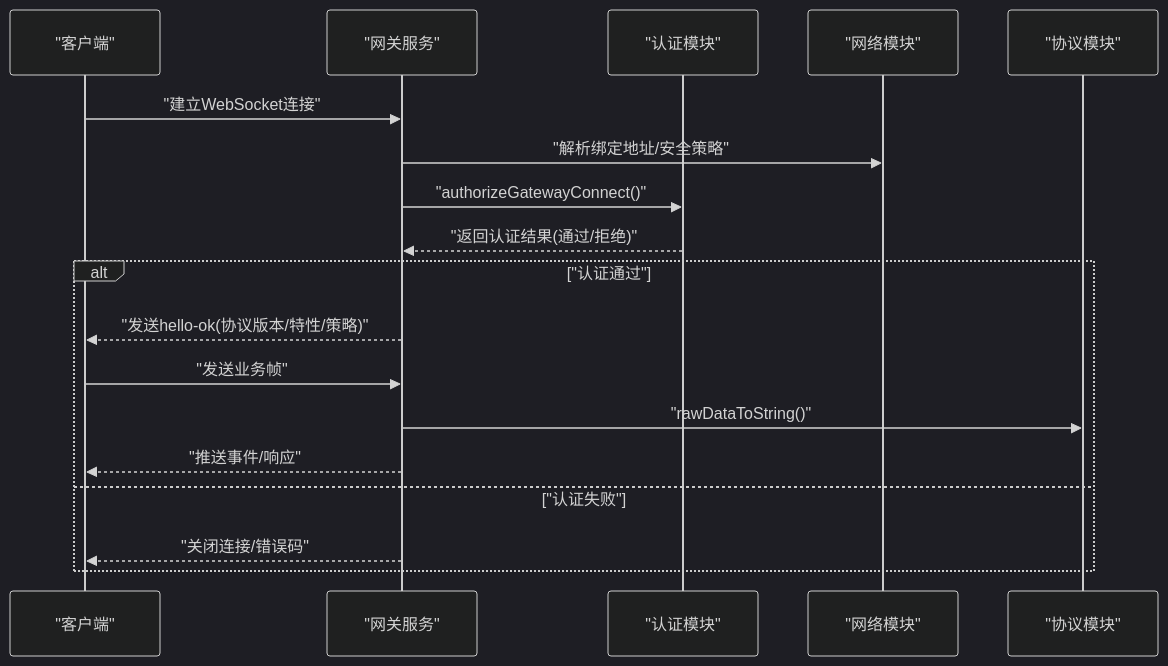
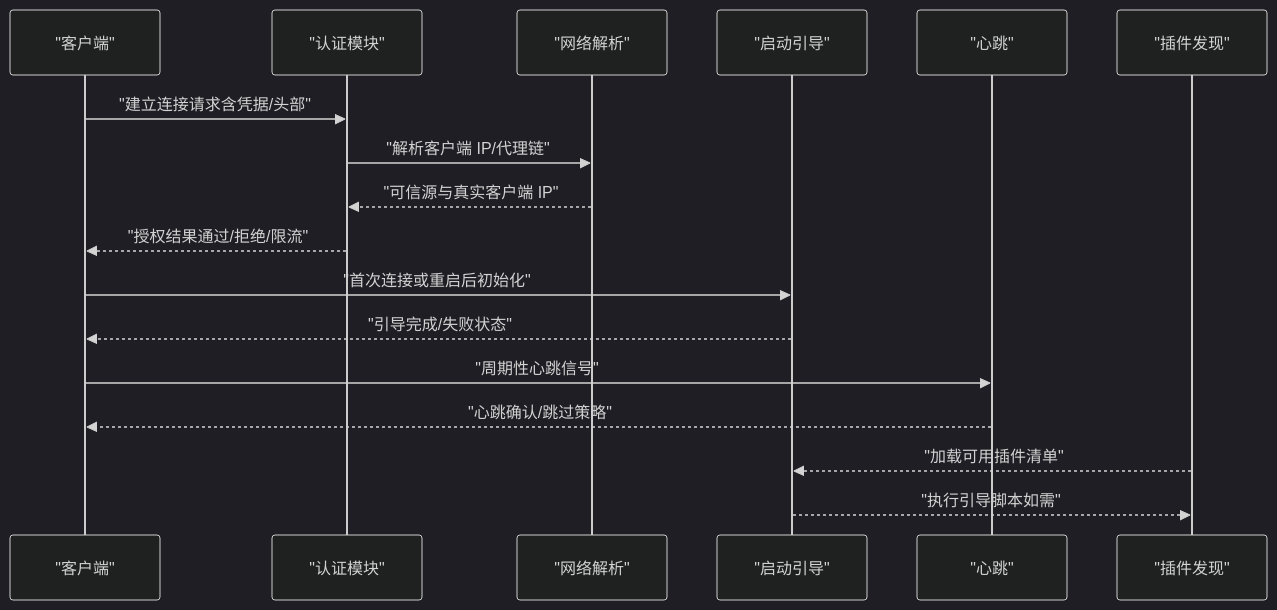
Before and after one commit to botx-work/OpenClaw-Internals: the second of 7 diagrams in repowiki/zh/content/网关系统/网关系统.md, drawn with Mermaid (dark theme). The commit also changed other lines of this file and 542 other files, not shown here.

````diff
--- a/repowiki/zh/content/网关系统/网关系统.md
+++ b/repowiki/zh/content/网关系统/网关系统.md
@@ -149,20 +84,19 @@
 ```mermaid
 sequenceDiagram
 participant Client as "客户端"
-participant GW as "网关服务"
 participant Auth as "认证模块"
-participant Net as "网络模块"
-participant Proto as "协议模块"
-Client->>GW : "建立WebSocket连接"
-GW->>Net : "解析绑定地址/安全策略"
-GW->>Auth : "authorizeGatewayConnect()"
-Auth-->>GW : "返回认证结果(通过/拒绝)"
-alt "认证通过"
-GW-->>Client : "发送hello-ok(协议版本/特性/策略)"
-Client->>GW : "发送业务帧"
-GW->>Proto : "rawDataToString()"
-GW-->>Client : "推送事件/响应"
-else "认证失败"
-GW-->>Client : "关闭连接/错误码"
-end
+participant Net as "网络解析"
+participant Boot as "启动引导"
+participant Heartbeat as "心跳"
+participant Plugins as "插件发现"
+Client->>Auth : "建立连接请求含凭据/头部"
+Auth->>Net : "解析客户端 IP/代理链"
+Net-->>Auth : "可信源与真实客户端 IP"
+Auth-->>Client : "授权结果通过/拒绝/限流"
+Client->>Boot : "首次连接或重启后初始化"
+Boot-->>Client : "引导完成/失败状态"
+Client->>Heartbeat : "周期性心跳信号"
+Heartbeat-->>Client : "心跳确认/跳过策略"
+Plugins-->>Boot : "加载可用插件清单"
+Boot-->>Plugins : "执行引导脚本如需"
 ```
````
